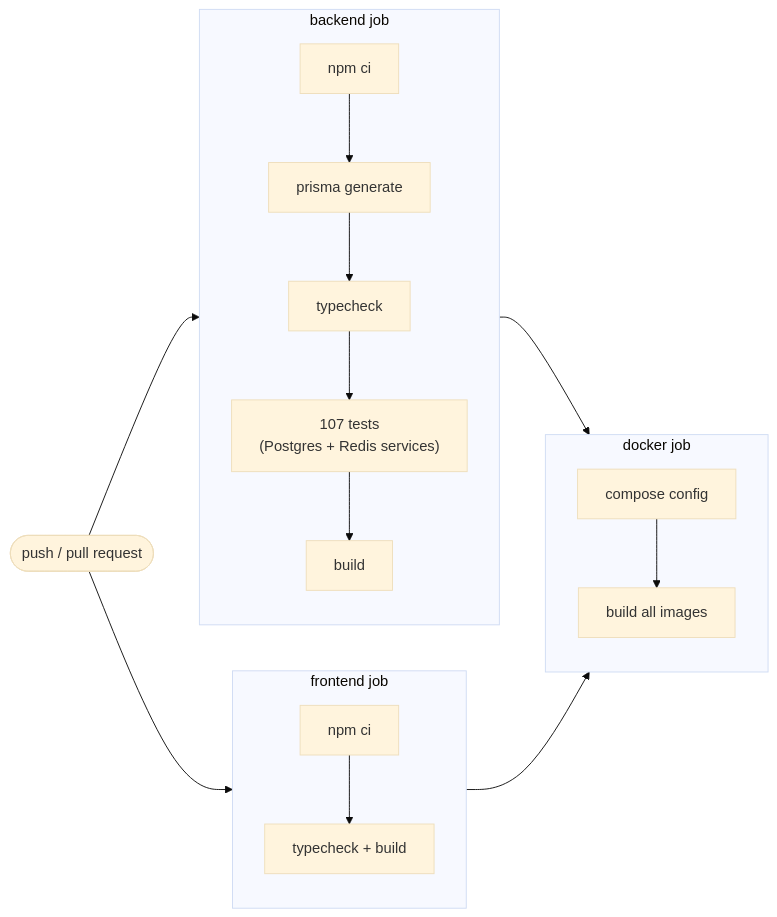
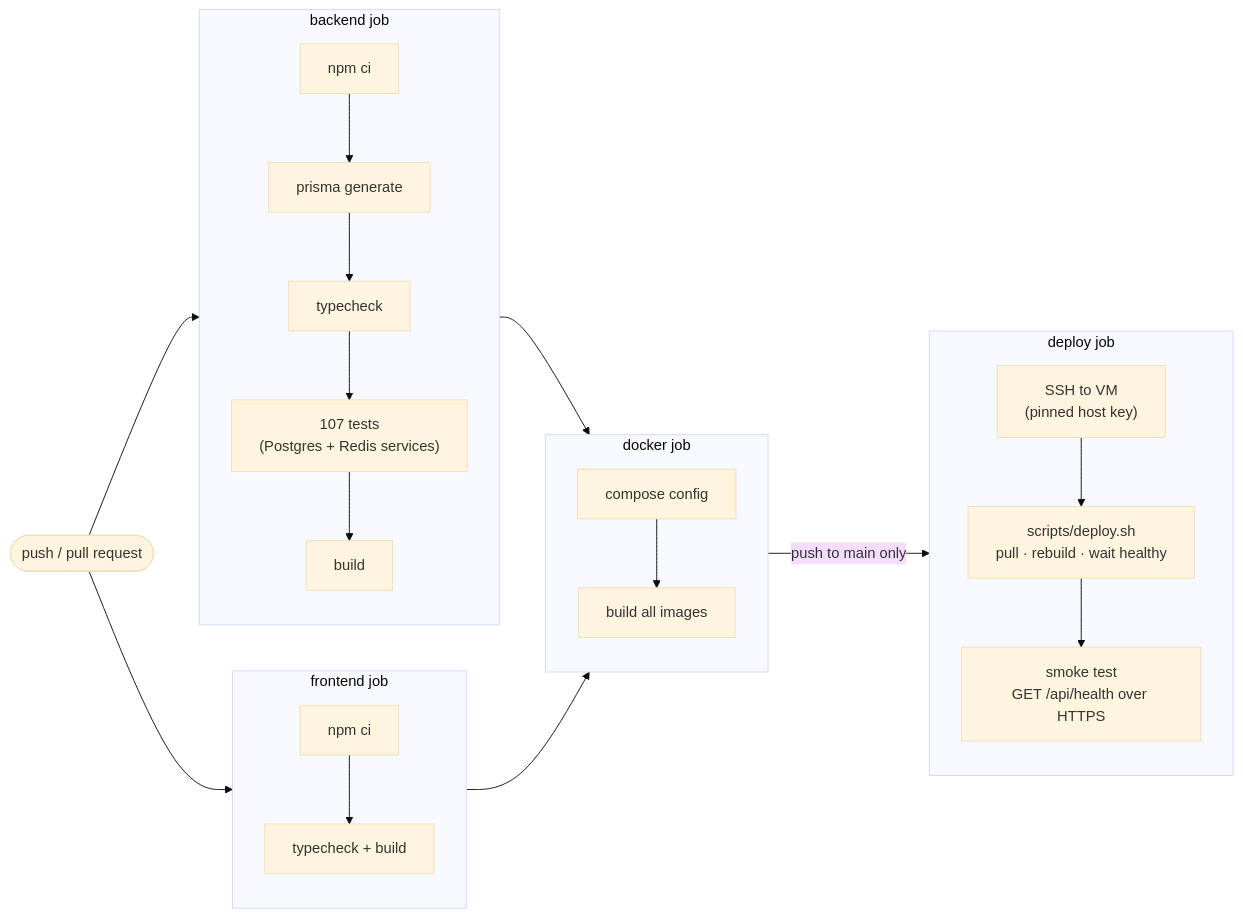
One commit to ashutosh-lodha/UptimeHQ changed the tenth of 11 diagrams in README.md. Above: the diagram before and after it, drawn with Mermaid (base theme). The commit also changed other lines of this file and 7 other files, not shown here.

````diff
--- a/README.md
+++ b/README.md
@@ -723,14 +724,18 @@
 ```mermaid
 flowchart LR
     push(["push / pull request"]) --> be & fe
     subgraph be["backend job"]
         b1["npm ci"] --> b2["prisma generate"] --> b3["typecheck"] --> b4["107 tests<br/>(Postgres + Redis services)"] --> b5["build"]
     end
     subgraph fe["frontend job"]
         f1["npm ci"] --> f2["typecheck + build"]
     end
     be & fe --> dk
     subgraph dk["docker job"]
         d1["compose config"] --> d2["build all images"]
     end
+    dk -->|"push to main only"| dp
+    subgraph dp["deploy job"]
+        p1["SSH to VM<br/>(pinned host key)"] --> p2["scripts/deploy.sh<br/>pull · rebuild · wait healthy"] --> p3["smoke test<br/>GET /api/health over HTTPS"]
+    end
 ```
````
